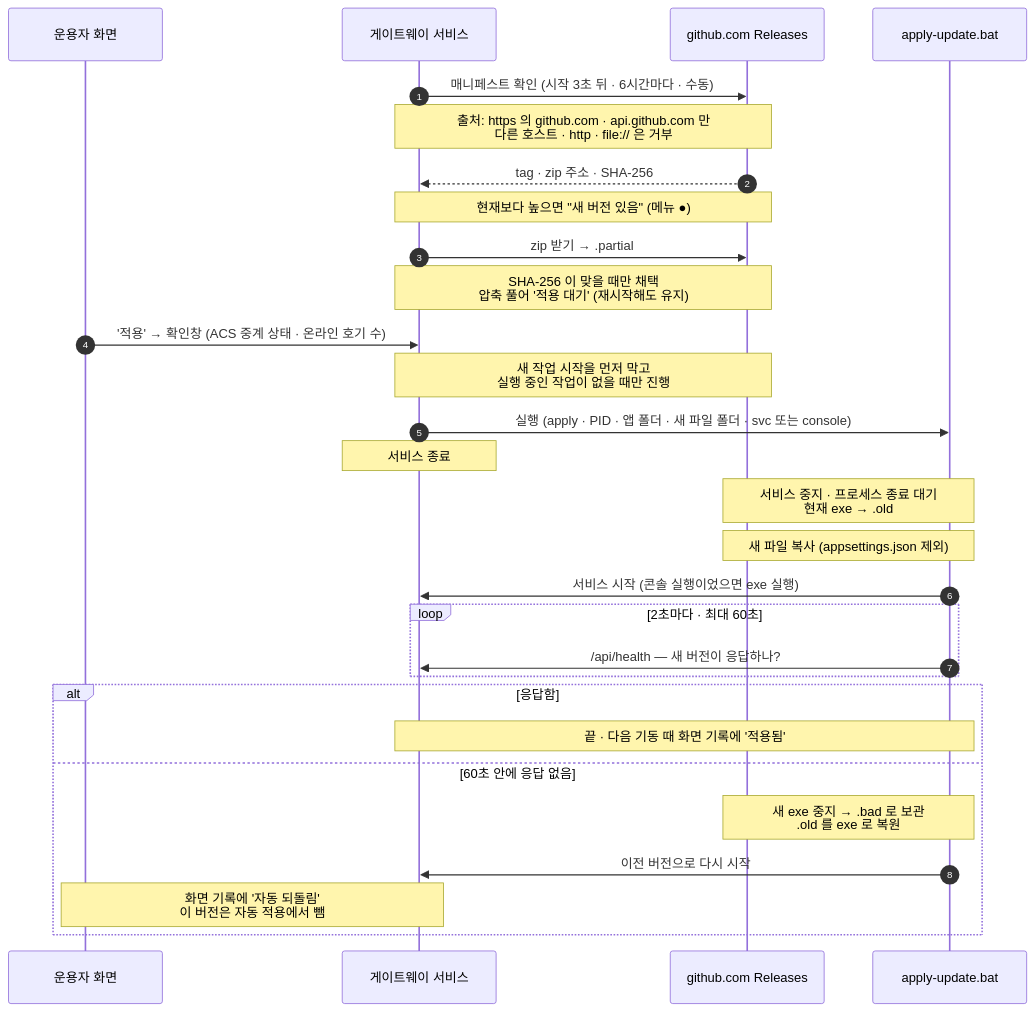
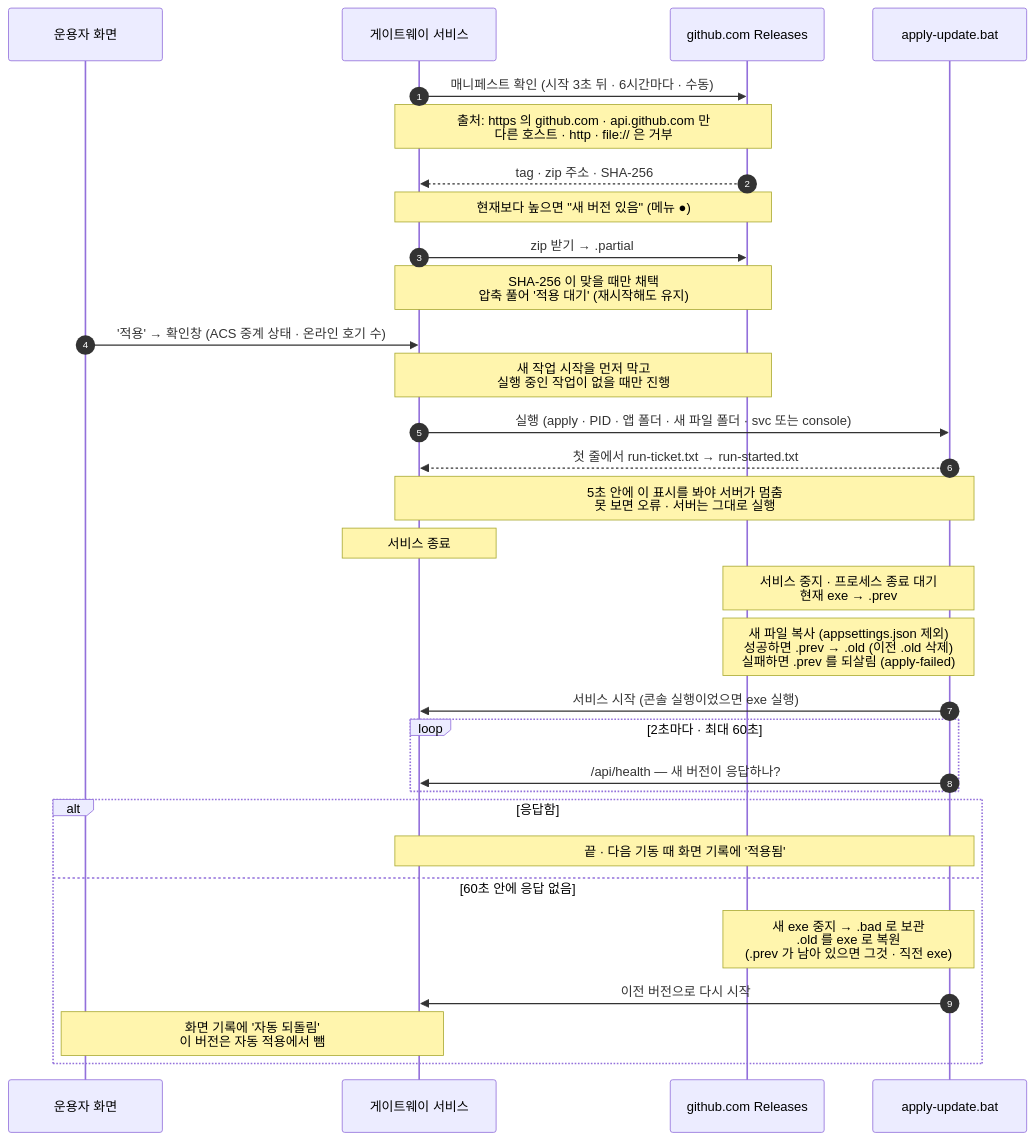
One commit to Leepy0/AGV_FOTA_GATEWAY changed the diagram in docs/diagrams/self-update-seq.mmd. Above: the diagram before and after it, drawn with Mermaid. The commit also changed 28 other files, not shown here.

```diff
--- a/docs/diagrams/self-update-seq.mmd
+++ b/docs/diagrams/self-update-seq.mmd
@@ -1,30 +1,32 @@
 %%{init: {"sequence": {"mirrorActors": true, "width": 190, "actorMargin": 60}}}%%
 sequenceDiagram
   autonumber
   participant OP as 운용자 화면
   participant SV as 게이트웨이 서비스
   participant GH as github.com Releases
   participant BAT as apply-update.bat
   SV->>GH: 매니페스트 확인 (시작 3초 뒤 · 6시간마다 · 수동)
   Note over SV,GH: 출처: https 의 github.com · api.github.com 만<br/>다른 호스트 · http · file:// 은 거부
   GH-->>SV: tag · zip 주소 · SHA-256
   Note over SV,GH: 현재보다 높으면 "새 버전 있음" (메뉴 ●)
   SV->>GH: zip 받기 → .partial
   Note over SV,GH: SHA-256 이 맞을 때만 채택<br/>압축 풀어 '적용 대기' (재시작해도 유지)
   OP->>SV: '적용' → 확인창 (ACS 중계 상태 · 온라인 호기 수)
   Note over SV,GH: 새 작업 시작을 먼저 막고<br/>실행 중인 작업이 없을 때만 진행
   SV->>BAT: 실행 (apply · PID · 앱 폴더 · 새 파일 폴더 · svc 또는 console)
+  BAT-->>SV: 첫 줄에서 run-ticket.txt → run-started.txt
+  Note over SV,BAT: 5초 안에 이 표시를 봐야 서버가 멈춤<br/>못 보면 오류 · 서버는 그대로 실행
   Note over SV: 서비스 종료
-  Note over GH,BAT: 서비스 중지 · 프로세스 종료 대기<br/>현재 exe → .old
-  Note over GH,BAT: 새 파일 복사 (appsettings.json 제외)
+  Note over GH,BAT: 서비스 중지 · 프로세스 종료 대기<br/>현재 exe → .prev
+  Note over GH,BAT: 새 파일 복사 (appsettings.json 제외)<br/>성공하면 .prev → .old (이전 .old 삭제)<br/>실패하면 .prev 를 되살림 (apply-failed)
   BAT->>SV: 서비스 시작 (콘솔 실행이었으면 exe 실행)
   loop 2초마다 · 최대 60초
     BAT->>SV: /api/health — 새 버전이 응답하나?
   end
   alt 응답함
     Note over BAT,SV: 끝 · 다음 기동 때 화면 기록에 '적용됨'
   else 60초 안에 응답 없음
-    Note over GH,BAT: 새 exe 중지 → .bad 로 보관<br/>.old 를 exe 로 복원
+    Note over GH,BAT: 새 exe 중지 → .bad 로 보관<br/>.old 를 exe 로 복원<br/>(.prev 가 남아 있으면 그것 · 직전 exe)
     BAT->>SV: 이전 버전으로 다시 시작
     Note over OP,SV: 화면 기록에 '자동 되돌림'<br/>이 버전은 자동 적용에서 뺌
   end
```
